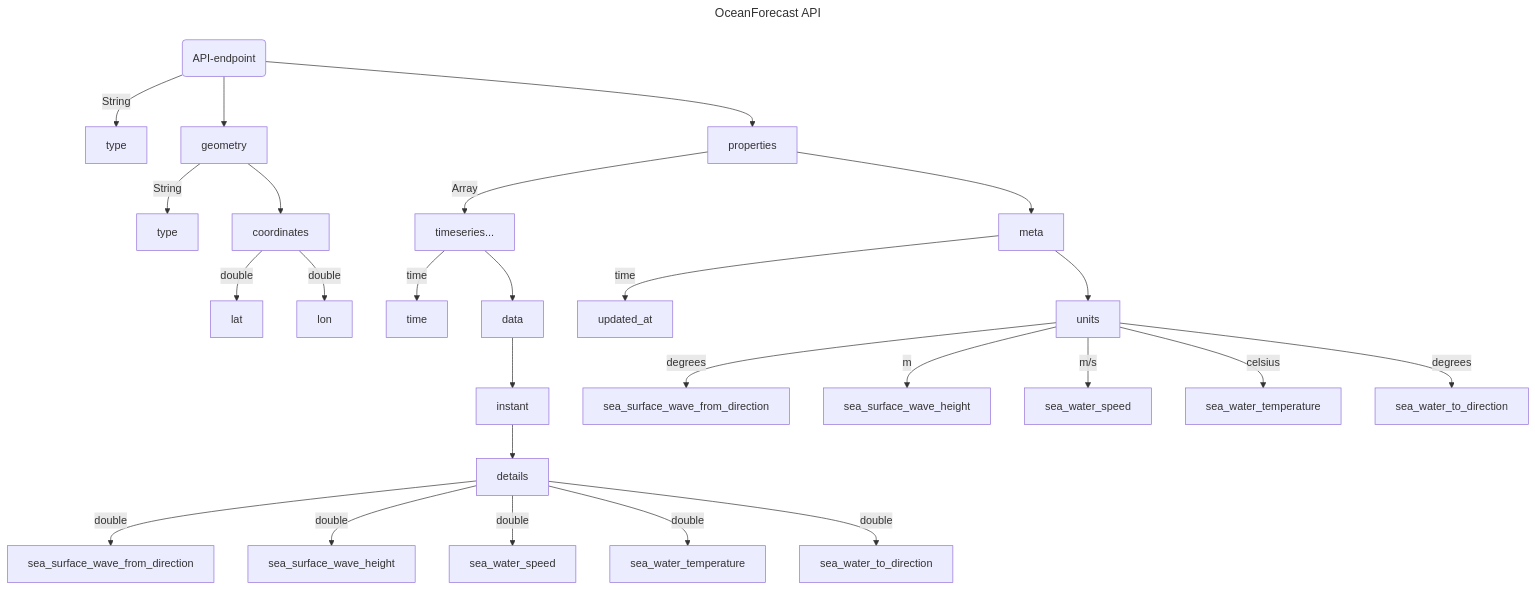
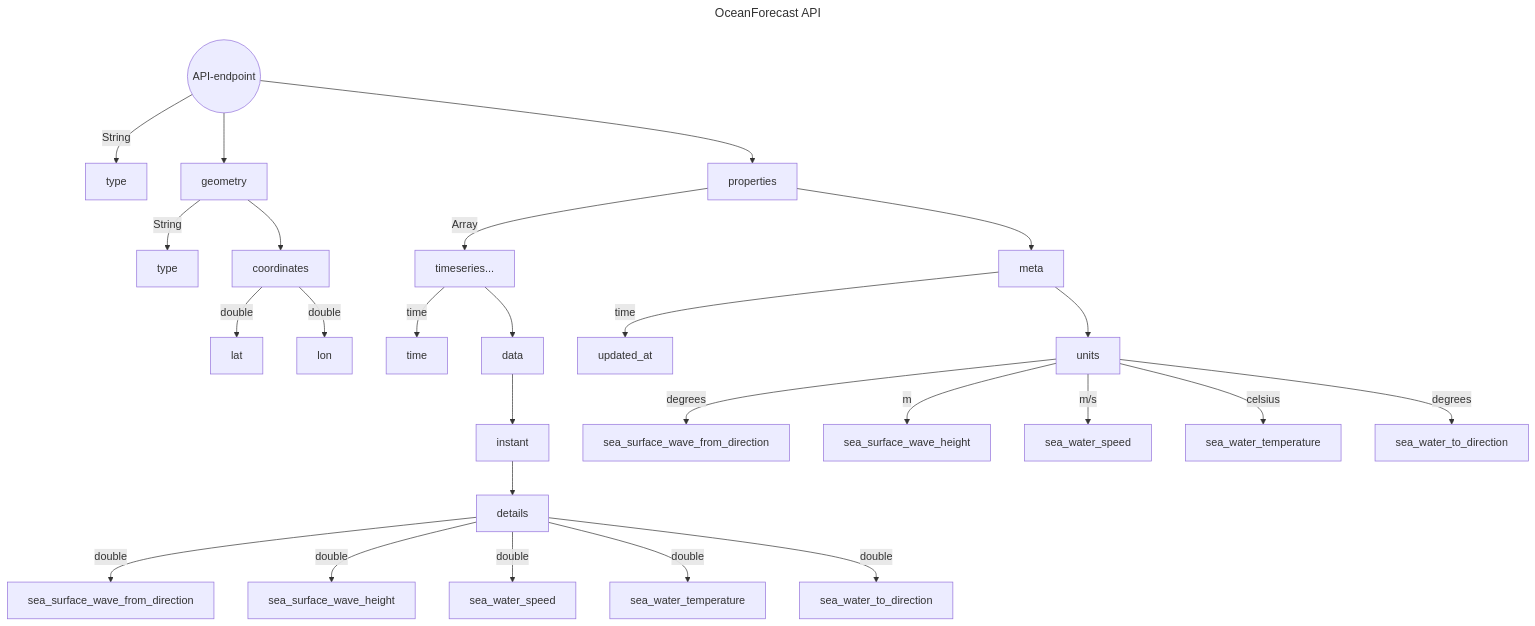
The diagram in IN2000/OceanForecast.md (mariusfredrichsen/uio), drawn with Mermaid before and after one commit. The commit also changed other lines of this file, not shown here.

````diff
--- a/IN2000/OceanForecast.md
+++ b/IN2000/OceanForecast.md
@@ -25,41 +31,41 @@
 ```mermaid
 ---
 title: OceanForecast API
 ---
 flowchart TB
-    API(API-endpoint)
+    API((API-endpoint))
 
 
     API -->|String|type1[type]
     API --> geometry & properties
 
     geometry -->|String| type2[type]
     geometry --> coordinates
     
     coordinates -->|double| lat & lon
 
     properties --> meta
     properties -->|Array| timeseries...
 
     timeseries... -->|time| time
     timeseries... --> data
 
     data --> instant
 
     instant --> details
 
     details -->|double| d1[sea_surface_wave_from_direction]
     details -->|double| d2[sea_surface_wave_height]
     details -->|double| d3[sea_water_speed]
     details -->|double| d4[sea_water_temperature]
     details -->|double| d5[sea_water_to_direction]
 
     meta -->|time| updated_at
     meta --> units
 
     units -->|degrees| u1[sea_surface_wave_from_direction]
     units -->|m| u2[sea_surface_wave_height]
     units -->|m/s| u3[sea_water_speed]
     units -->|celsius| u4[sea_water_temperature]
     units -->|degrees| u5[sea_water_to_direction]
 ```
````
